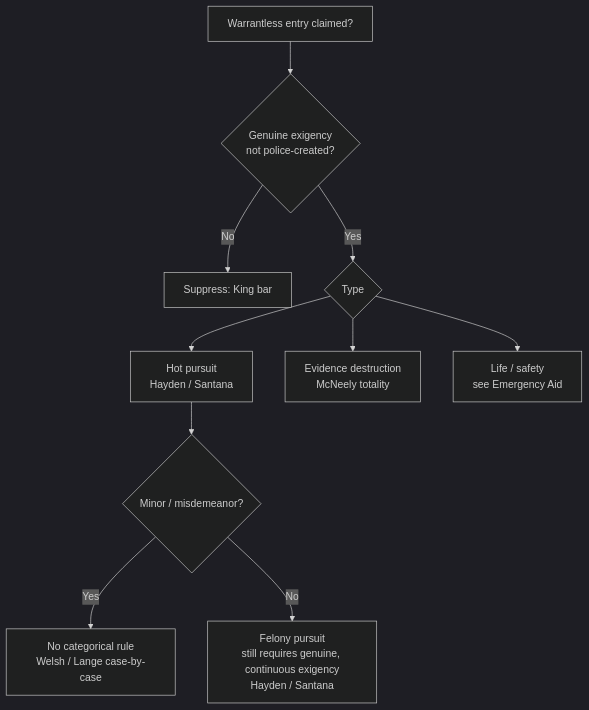
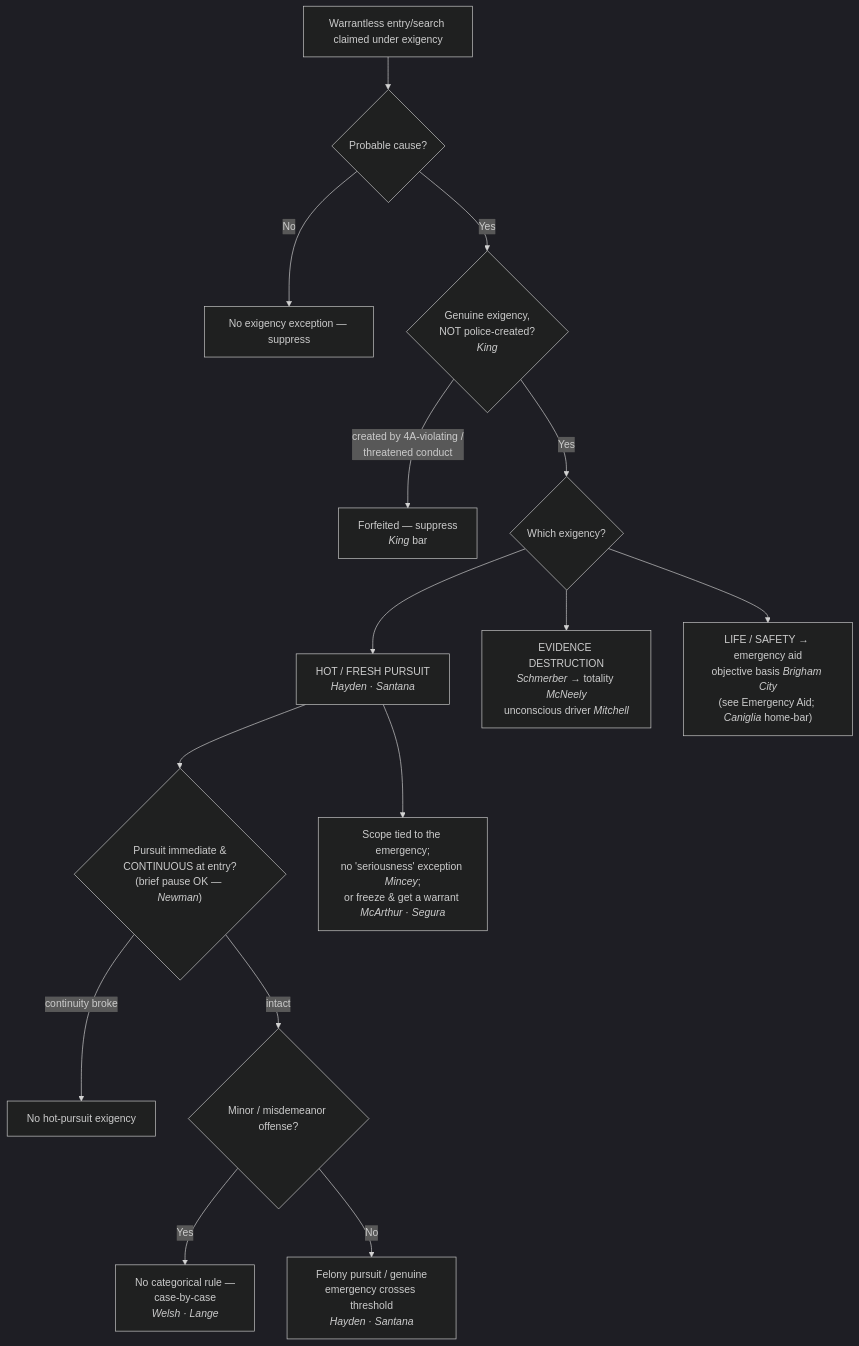
One commit to Enragedsaturday/cssi changed the diagram in content/7-exceptions-warrant/7a-pc-needed/Exigent Circumstances and Hot Pursuit.md. Above: the diagram before and after it, drawn with Mermaid (dark theme). The commit also changed other lines of this file and 10 other files, not shown here.

First line of the commit message:
S6 Wave 3: warrants + PC-needed exceptions + Community Caretaking/Emergency Aid split

````diff
--- a/content/7-exceptions-warrant/7a-pc-needed/Exigent Circumstances and Hot Pursuit.md
+++ b/content/7-exceptions-warrant/7a-pc-needed/Exigent Circumstances and Hot Pursuit.md
@@ -70,12 +77,17 @@
 ```mermaid
 flowchart TD
-  A[Warrantless entry claimed?] --> B{Genuine exigency<br/>not police-created?}
-  B -- No --> X[Suppress: King bar]
-  B -- Yes --> C{Type}
-  C --> D[Hot pursuit<br/>Hayden / Santana]
-  C --> E[Evidence destruction<br/>McNeely totality]
-  C --> F[Life / safety<br/>see Emergency Aid]
-  D --> G{Minor / misdemeanor?}
-  G -- Yes --> H[No categorical rule<br/>Welsh / Lange case-by-case]
-  G -- No --> I[Felony pursuit<br/>still requires genuine, continuous exigency<br/>Hayden / Santana]
+  A["Warrantless entry/search claimed under exigency"] --> PC{"Probable cause?"}
+  PC -->|No| X0["No exigency exception — suppress"]
+  PC -->|Yes| B{"Genuine exigency,<br/>NOT police-created?<br/><i>King</i>"}
+  B -->|"created by 4A-violating /<br/>threatened conduct"| X1["Forfeited — suppress<br/><i>King</i> bar"]
+  B -->|Yes| C{"Which exigency?"}
+  C --> D["HOT / FRESH PURSUIT<br/><i>Hayden · Santana</i>"]
+  C --> E["EVIDENCE DESTRUCTION<br/><i>Schmerber</i> → totality <i>McNeely</i><br/>unconscious driver <i>Mitchell</i>"]
+  C --> F["LIFE / SAFETY → emergency aid<br/>objective basis <i>Brigham City</i><br/>(see Emergency Aid; <i>Caniglia</i> home-bar)"]
+  D --> CONT{"Pursuit immediate &<br/>CONTINUOUS at entry?<br/>(brief pause OK — <i>Newman</i>)"}
+  CONT -->|"continuity broke"| X2["No hot-pursuit exigency"]
+  CONT -->|"intact"| G{"Minor / misdemeanor offense?"}
+  G -->|Yes| H["No categorical rule —<br/>case-by-case<br/><i>Welsh · Lange</i>"]
+  G -->|No| I["Felony pursuit / genuine<br/>emergency crosses threshold<br/><i>Hayden · Santana</i>"]
+  D --> SCOPE["Scope tied to the emergency;<br/>no 'seriousness' exception <i>Mincey</i>;<br/>or freeze & get a warrant <i>McArthur · Segura</i>"]
 ```
````
